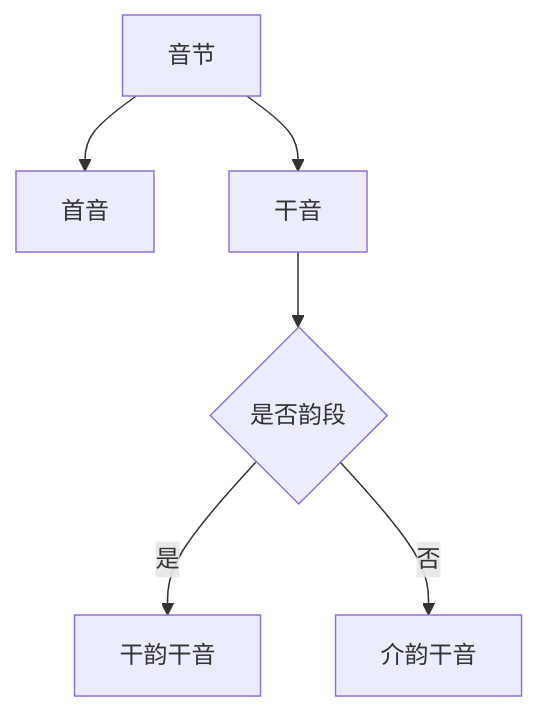
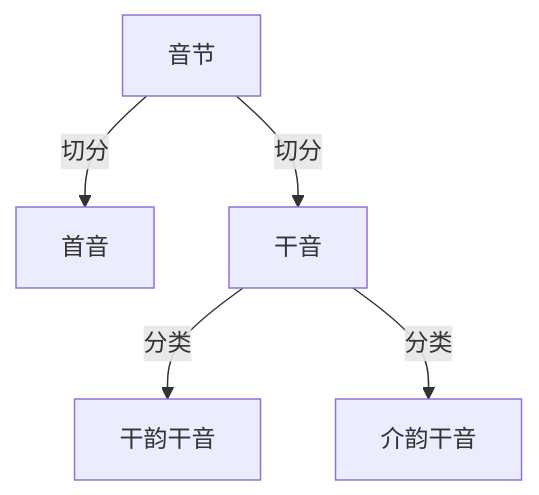
The diagram in YIME_Theory/flowchart/首干二分.mmd (tsaanghwang/Yime-prototype), drawn with Mermaid before and after one commit. The commit also changed 9 other files, not shown here.

```diff
--- a/YIME_Theory/flowchart/首干二分.mmd
+++ b/YIME_Theory/flowchart/首干二分.mmd
@@ -1,6 +1,5 @@
 graph TD
-    A[音节] --> B[首音]
-    A --> C[干音]
-    C --> D{是否韵段}
-    D --> |是|E[干韵干音]
-    D --> |否|F[介韵干音]
+    A[音节] --> |切分|B[首音]
+    A --> |切分|C[干音]
+    C --> |分类|D[干韵干音]
+    C --> |分类|F[介韵干音]
```
